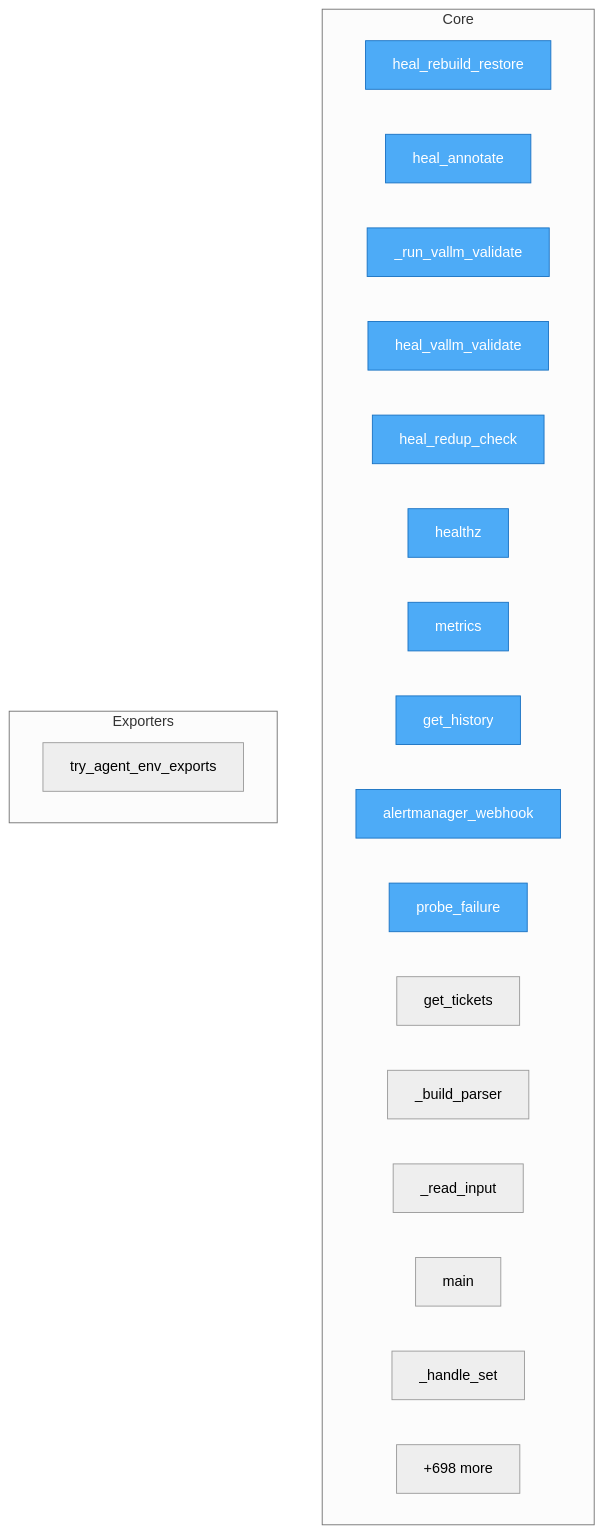
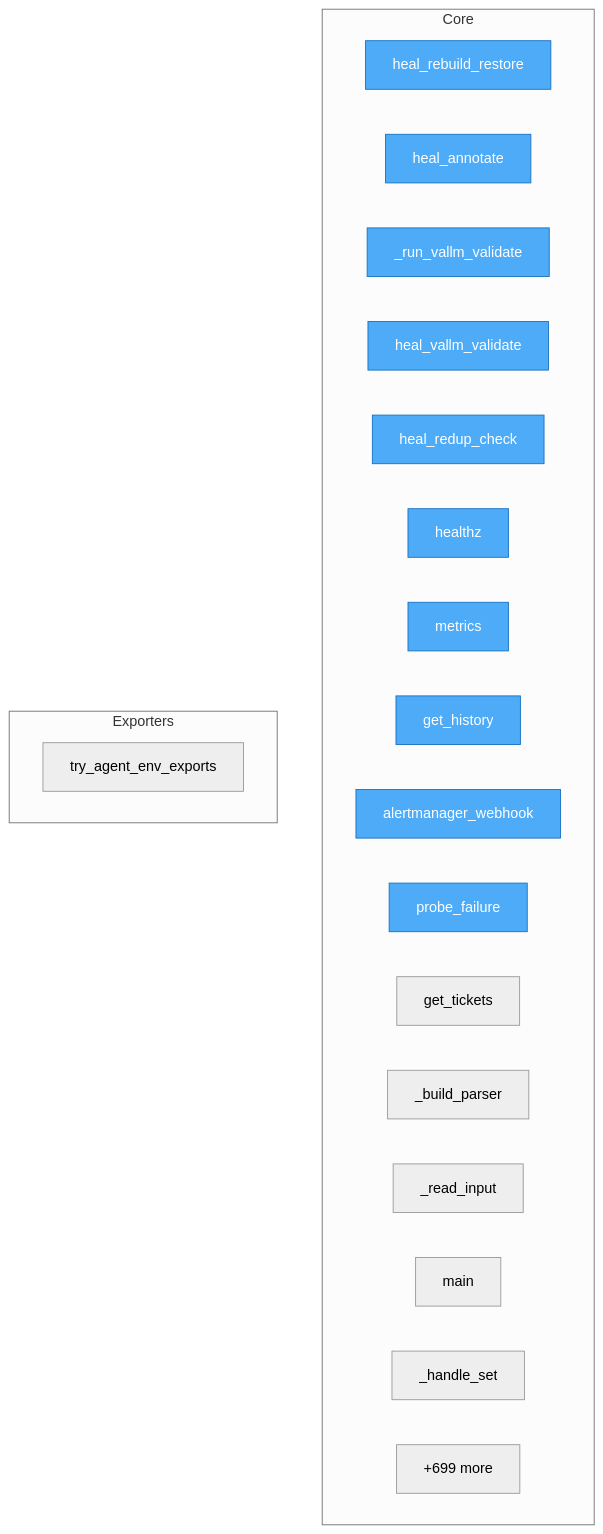
One commit to semcod/koru changed the diagram in project/flow.mmd. Above: the diagram before and after it, drawn with Mermaid (neutral theme). The commit also changed 34 other files, not shown here.

```diff
--- a/project/flow.mmd
+++ b/project/flow.mmd
@@ -1,30 +1,30 @@
 flowchart TD
-%% generated in 0.05s
+%% generated in 0.04s
 
     %% Entry points (blue)
     classDef entry fill:#4dabf7,stroke:#1971c2,color:#fff
 
     subgraph Core
         services__healing_webhook__app__heal_rebuild_restore["heal_rebuild_restore"]
         services__healing_webhook__app__heal_annotate["heal_annotate"]
         services__healing_webhook__app___run_vallm_validate["_run_vallm_validate"]
         services__healing_webhook__app__heal_vallm_validate["heal_vallm_validate"]
         services__healing_webhook__app__heal_redup_check["heal_redup_check"]
         services__healing_webhook__app__healthz["healthz"]
         services__healing_webhook__app__metrics["metrics"]
         services__healing_webhook__app__get_history["get_history"]
         services__healing_webhook__app__alertmanager_webhook["alertmanager_webhook"]
         services__healing_webhook__app__probe_failure["probe_failure"]
         services__healing_webhook__app__get_tickets["get_tickets"]
         src__korudsl__cli___build_parser["_build_parser"]
         src__korudsl__cli___read_input["_read_input"]
         src__korudsl__cli__main["main"]
         src__korudsl__library___handle_set["_handle_set"]
-        ...["+698 more"]
+        ...["+699 more"]
     end
 
     subgraph Exporters
         src__koru__agent_cli_helpers__try_agent_env_exports["try_agent_env_exports"]
     end
 
     class services__healing_webhook__app__heal_rebuild_restore,services__healing_webhook__app__heal_annotate,services__healing_webhook__app___run_vallm_validate,services__healing_webhook__app__heal_vallm_validate,services__healing_webhook__app__heal_redup_check,services__healing_webhook__app__healthz,services__healing_webhook__app__metrics,services__healing_webhook__app__get_history,services__healing_webhook__app__alertmanager_webhook,services__healing_webhook__app__probe_failure entry
```
